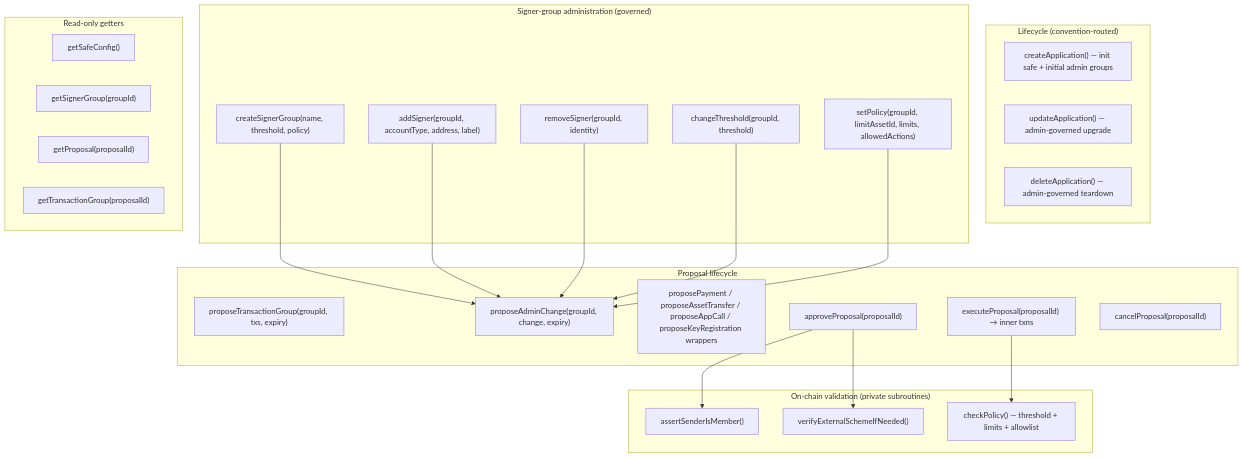
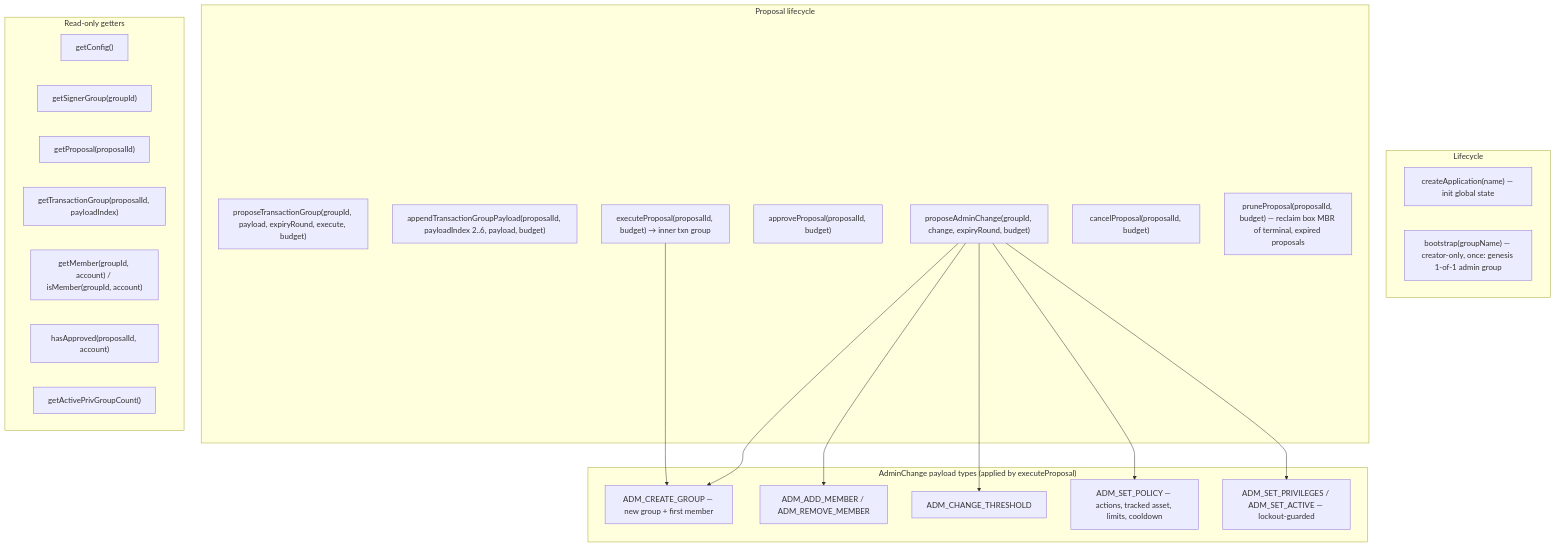
One commit to ludovit-scholtz/algo-safe changed the sixth of 8 diagrams in PRODUCT-DESCRIPTION.md. Above: the diagram before and after it, drawn with Mermaid. The commit also changed other lines of this file and 26 other files, not shown here.

````diff
--- a/PRODUCT-DESCRIPTION.md
+++ b/PRODUCT-DESCRIPTION.md
@@ -522,47 +582,42 @@
 ```mermaid
 flowchart TB
-    subgraph Lifecycle["Lifecycle (convention-routed)"]
-        C1["createApplication() — init safe + initial admin groups"]
-        C2["updateApplication() — admin-governed upgrade"]
-        C3["deleteApplication() — admin-governed teardown"]
-    end
-
-    subgraph Admin["Signer-group administration (governed)"]
-        A1["createSignerGroup(name, threshold, policy)"]
-        A2["addSigner(groupId, accountType, address, label)"]
-        A3["removeSigner(groupId, identity)"]
-        A4["changeThreshold(groupId, threshold)"]
-        A5["setPolicy(groupId, limitAssetId, limits, allowedActions)"]
+    subgraph Lifecycle["Lifecycle"]
+        C1["createApplication(name) — init global state"]
+        C2["bootstrap(groupName) — creator-only, once: genesis 1-of-1 admin group"]
     end
 
     subgraph Proposals["Proposal lifecycle"]
-        P1["proposeTransactionGroup(groupId, txs, expiry)"]
-        P1A["proposeAdminChange(groupId, change, expiry)"]
-        P1B["proposePayment / proposeAssetTransfer / proposeAppCall / proposeKeyRegistration wrappers"]
-        P2["approveProposal(proposalId)"]
-        P3["executeProposal(proposalId) → inner txns"]
-        P4["cancelProposal(proposalId)"]
+        P1["proposeTransactionGroup(groupId, payload, expiryRound, execute, budget)"]
+        P1A["appendTransactionGroupPayload(proposalId, payloadIndex 2..6, payload, budget)"]
+        P1B["proposeAdminChange(groupId, change, expiryRound, budget)"]
+        P2["approveProposal(proposalId, budget)"]
+        P3["executeProposal(proposalId, budget) → inner txn group"]
+        P4["cancelProposal(proposalId, budget)"]
+        P5["pruneProposal(proposalId, budget) — reclaim box MBR of terminal, expired proposals"]
     end
 
-    subgraph Verify["On-chain validation (private subroutines)"]
-        V1["assertSenderIsMember()"]
-        V2["verifyExternalSchemeIfNeeded()"]
-        V3["checkPolicy() — threshold + limits + allowlist"]
+    subgraph AdminChanges["AdminChange payload types (applied by executeProposal)"]
+        A1["ADM_CREATE_GROUP — new group + first member"]
+        A2["ADM_ADD_MEMBER / ADM_REMOVE_MEMBER"]
+        A3["ADM_CHANGE_THRESHOLD"]
+        A4["ADM_SET_POLICY — actions, tracked asset, limits, cooldown"]
+        A5["ADM_SET_PRIVILEGES / ADM_SET_ACTIVE — lockout-guarded"]
     end
 
     subgraph Reads["Read-only getters"]
-        R1["getSafeConfig()"]
+        R1["getConfig()"]
         R2["getSignerGroup(groupId)"]
         R3["getProposal(proposalId)"]
-        R4["getTransactionGroup(proposalId)"]
+        R4["getTransactionGroup(proposalId, payloadIndex)"]
+        R5["getMember(groupId, account) / isMember(groupId, account)"]
+        R6["hasApproved(proposalId, account)"]
+        R7["getActivePrivGroupCount()"]
     end
 
-    P2 --> V1
-    P2 --> V2
-    P3 --> V3
-    A1 --> P1A
-    A2 --> P1A
-    A3 --> P1A
-    A4 --> P1A
-    A5 --> P1A
+    P1B --> A1
+    P1B --> A2
+    P1B --> A3
+    P1B --> A4
+    P1B --> A5
+    P3 --> A1
 ```
````
